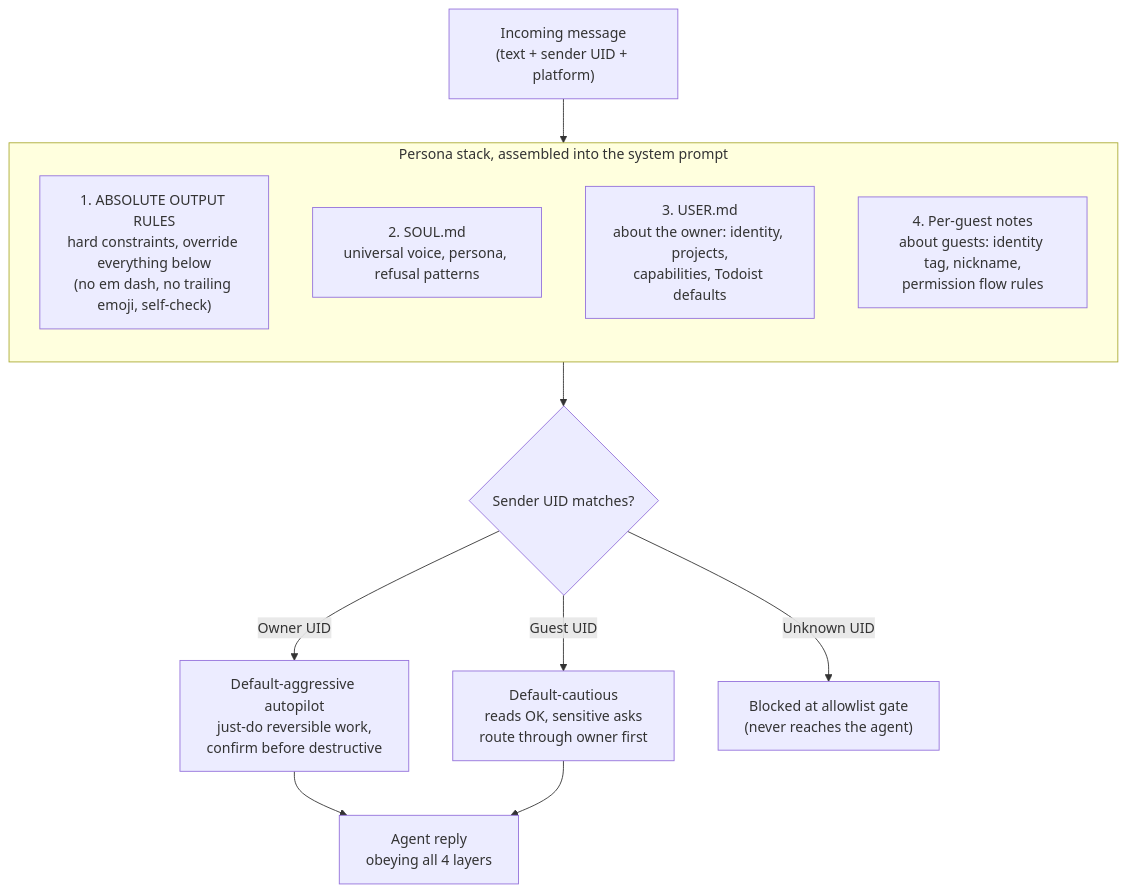
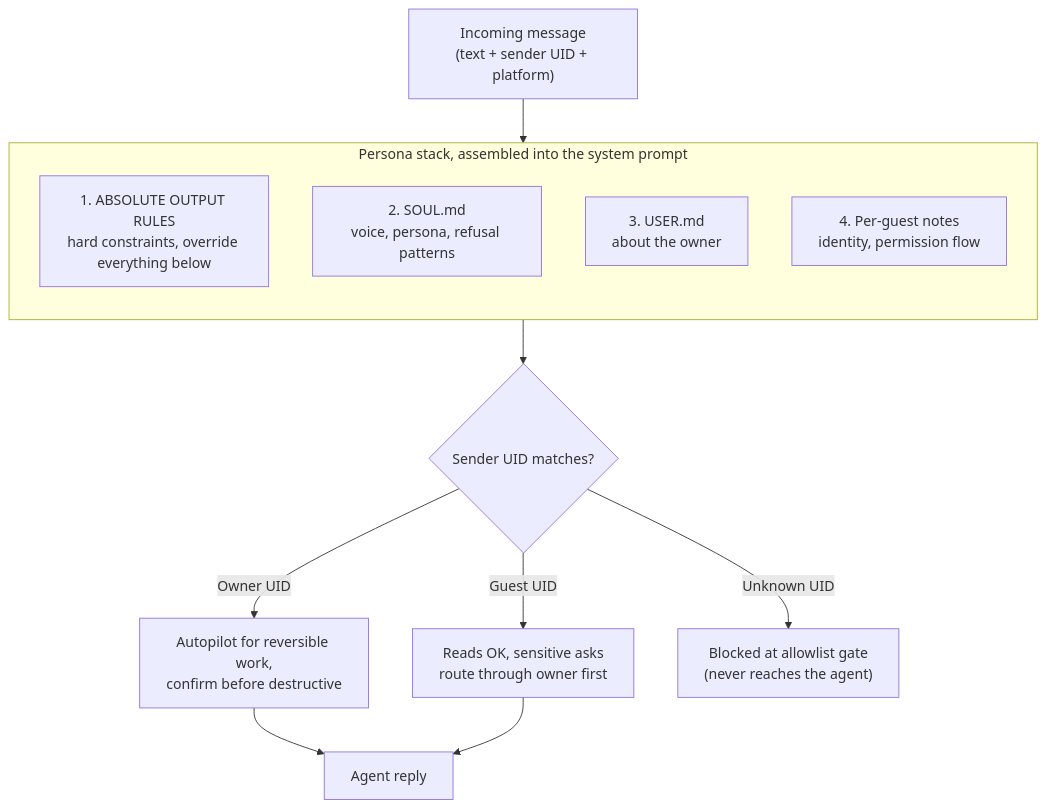
Before and after one commit to absolutepraya/blog: the second of 5 diagrams in content/posts/hermes-agent-setup.md, drawn with Mermaid. The commit also changed other lines of this file and 11 other files, not shown here.

First line of the commit message:
Rewrite agent setup posts and fail CI on broken Mermaid (#10)

````diff
--- a/content/posts/hermes-agent-setup.md
+++ b/content/posts/hermes-agent-setup.md
@@ -90,22 +70,22 @@
 ```mermaid
 graph TD
     Msg["Incoming message<br>(text + sender UID + platform)"]
 
     subgraph Stack["Persona stack, assembled into the system prompt"]
         direction TB
-        L1["1. ABSOLUTE OUTPUT RULES<br>hard constraints, override everything below<br>(no em dash, no trailing emoji, self-check)"]
-        L2["2. SOUL.md<br>universal voice, persona, refusal patterns"]
-        L3["3. USER.md<br>about the owner: identity, projects,<br>capabilities, Todoist defaults"]
-        L4["4. Per-guest notes<br>about guests: identity tag, nickname,<br>permission flow rules"]
+        L1["1. ABSOLUTE OUTPUT RULES<br>hard constraints, override everything below"]
+        L2["2. SOUL.md<br>voice, persona, refusal patterns"]
+        L3["3. USER.md<br>about the owner"]
+        L4["4. Per-guest notes<br>identity, permission flow"]
     end
 
     Msg --> Stack
     Stack --> Match{"Sender UID matches?"}
 
-    Match -- "Owner UID" --> Aggressive["Default-aggressive autopilot<br>just-do reversible work,<br>confirm before destructive"]
-    Match -- "Guest UID" --> Cautious["Default-cautious<br>reads OK, sensitive asks<br>route through owner first"]
+    Match -- "Owner UID" --> Aggressive["Autopilot for reversible work,<br>confirm before destructive"]
+    Match -- "Guest UID" --> Cautious["Reads OK, sensitive asks<br>route through owner first"]
     Match -- "Unknown UID" --> Block["Blocked at allowlist gate<br>(never reaches the agent)"]
 
-    Aggressive --> Reply["Agent reply<br>obeying all 4 layers"]
+    Aggressive --> Reply["Agent reply"]
     Cautious --> Reply
 ```
````
